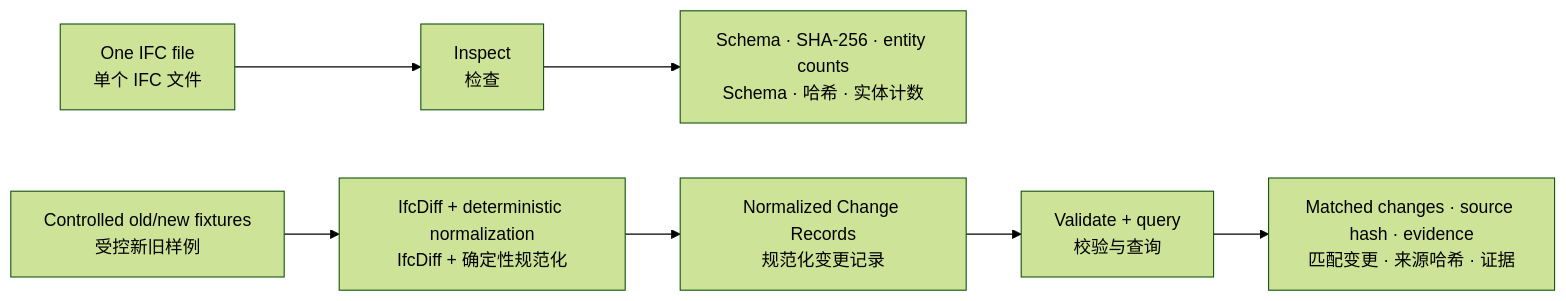
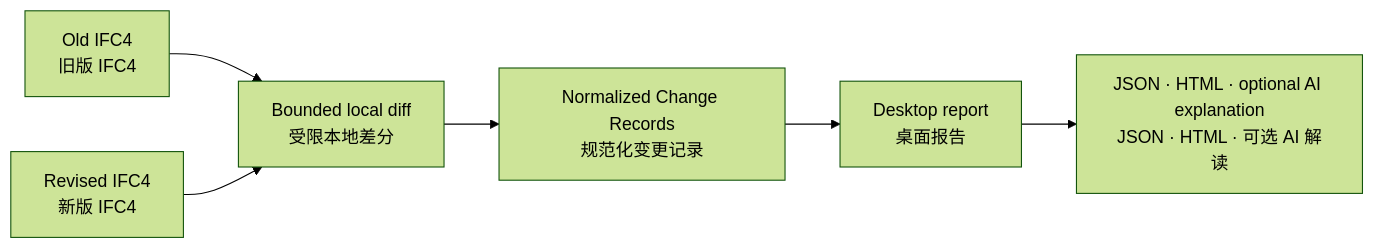
The diagram in README.md (delongwangshu49-hub/bimchange-agent), drawn with Mermaid (forest theme) before and after one commit. The commit also changed other lines of this file and 31 other files, not shown here.

````diff
--- a/README.md
+++ b/README.md
@@ -23,9 +43,8 @@
 ```mermaid
 flowchart LR
-    A["One IFC file<br/>单个 IFC 文件"] --> B["Inspect<br/>检查"]
-    B --> C["Schema · SHA-256 · entity counts<br/>Schema · 哈希 · 实体计数"]
-    D["Normalized Change Records<br/>规范化变更记录"] --> E["Validate + query<br/>校验与查询"]
-    E --> F["Matched changes · source hash · evidence<br/>匹配变更 · 来源哈希 · 证据"]
-    G["Controlled old/new fixtures<br/>受控新旧样例"] --> H["IfcDiff + deterministic normalization<br/>IfcDiff + 确定性规范化"]
-    H --> D
+    A["Old IFC4<br/>旧版 IFC4"] --> C["Bounded local diff<br/>受限本地差分"]
+    B["Revised IFC4<br/>新版 IFC4"] --> C
+    C --> D["Normalized Change Records<br/>规范化变更记录"]
+    D --> E["Desktop report<br/>桌面报告"]
+    E --> F["JSON · HTML · optional AI explanation<br/>JSON · HTML · 可选 AI 解读"]
 ```
````
